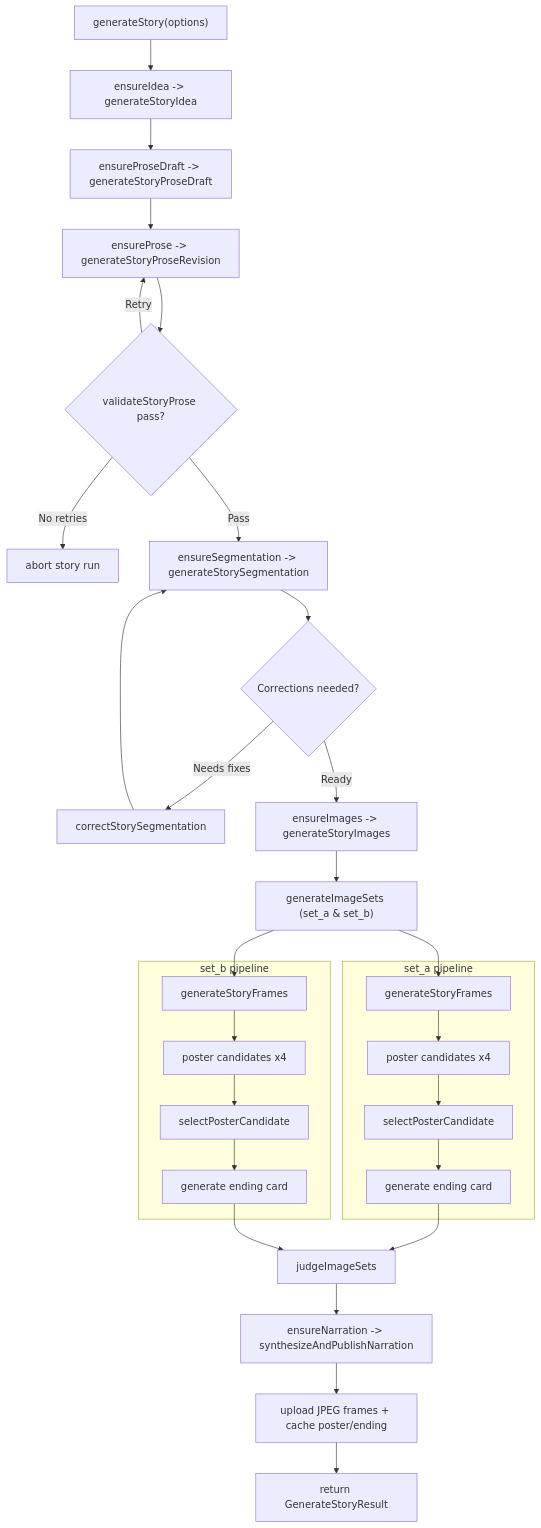
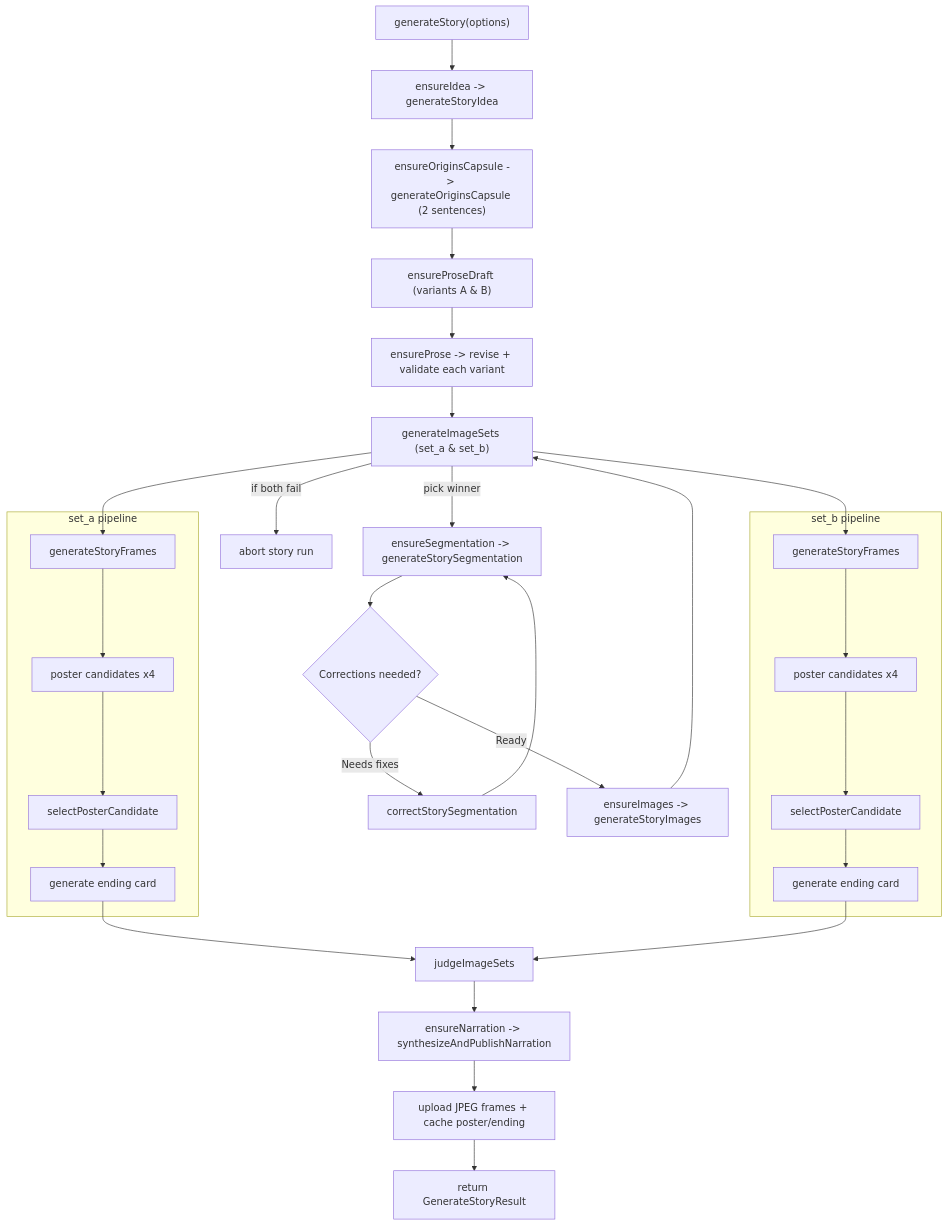
The first of 2 diagrams in docs/STORY.md (ljoukov/spark), drawn with Mermaid before and after one commit. The commit also changed other lines of this file and 1 other file, not shown here.

Commit message:
[docs] sync STORY docs with code; add commit link

````diff
--- a/docs/STORY.md
+++ b/docs/STORY.md
@@ -7,35 +7,35 @@
 ```mermaid
 flowchart TD
   A["generateStory(options)"] --> B["ensureIdea -> generateStoryIdea"]
-  B --> C["ensureProseDraft -> generateStoryProseDraft"]
-  C --> D["ensureProse -> generateStoryProseRevision"]
-  D --> E{"validateStoryProse pass?"}
-  E -->|Retry| D
-  E -->|No retries| X["abort story run"]
-  E -->|Pass| F["ensureSegmentation -> generateStorySegmentation"]
+  B --> OC["ensureOriginsCapsule -> generateOriginsCapsule (2 sentences)"]
+  OC --> PD["ensureProseDraft (variants A & B)"]
+  PD --> PR["ensureProse -> revise + validate each variant"]
+  PR --> J{"judge prose variants"}
+  J -->|pick winner| F["ensureSegmentation -> generateStorySegmentation"]
+  J -->|if both fail| X["abort story run"]
   F --> G{Corrections needed?}
   G -->|Needs fixes| H["correctStorySegmentation"]
   H --> F
   G -->|Ready| I["ensureImages -> generateStoryImages"]
   I --> J["generateImageSets (set_a & set_b)"]
   J --> SA1
   J --> SB1
 
   subgraph SetA["set_a pipeline"]
     SA1["generateStoryFrames"] --> SA2["poster candidates x4"]
     SA2 --> SA3["selectPosterCandidate"]
     SA3 --> SA4["generate ending card"]
   end
 
   subgraph SetB["set_b pipeline"]
     SB1["generateStoryFrames"] --> SB2["poster candidates x4"]
     SB2 --> SB3["selectPosterCandidate"]
     SB3 --> SB4["generate ending card"]
   end
 
   SA4 --> L["judgeImageSets"]
   SB4 --> L
   L --> M["ensureNarration -> synthesizeAndPublishNarration"]
   M --> N["upload JPEG frames + cache poster/ending"]
   N --> O["return GenerateStoryResult"]
 ```
````
